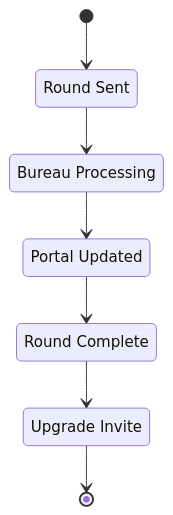
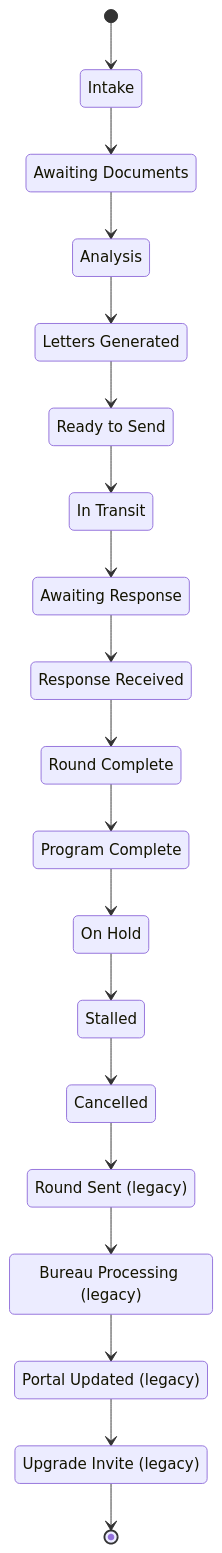
Before and after one commit to ZootimusMaximusSupreme/Fundhub_ai: the diagram in docs/diagrams/rails/optimization.md, drawn with Mermaid. The commit also changed other lines of this file and 16 other files, not shown here.

First line of the commit message:
Fix CI: regroup repair events and refresh diagrams/journeys.

````diff
--- a/docs/diagrams/rails/optimization.md
+++ b/docs/diagrams/rails/optimization.md
@@ -9,15 +9,39 @@
 ```mermaid
 stateDiagram-v2
-    state "Round Sent" as round_sent
-    state "Bureau Processing" as bureau_processing
-    state "Portal Updated" as portal_updated
+    state "Intake" as intake
+    state "Awaiting Documents" as awaiting_documents
+    state "Analysis" as analysis
+    state "Letters Generated" as letters_generated
+    state "Ready to Send" as ready_to_send
+    state "In Transit" as in_transit
+    state "Awaiting Response" as awaiting_response
+    state "Response Received" as response_received
     state "Round Complete" as round_complete
-    state "Upgrade Invite" as upgrade_invite
+    state "Program Complete" as program_complete
+    state "On Hold" as on_hold
+    state "Stalled" as stalled
+    state "Cancelled" as cancelled
+    state "Round Sent (legacy)" as round_sent
+    state "Bureau Processing (legacy)" as bureau_processing
+    state "Portal Updated (legacy)" as portal_updated
+    state "Upgrade Invite (legacy)" as upgrade_invite
 
-    [*] --> round_sent
+    [*] --> intake
+    intake --> awaiting_documents
+    awaiting_documents --> analysis
+    analysis --> letters_generated
+    letters_generated --> ready_to_send
+    ready_to_send --> in_transit
+    in_transit --> awaiting_response
+    awaiting_response --> response_received
+    response_received --> round_complete
+    round_complete --> program_complete
+    program_complete --> on_hold
+    on_hold --> stalled
+    stalled --> cancelled
+    cancelled --> round_sent
     round_sent --> bureau_processing
     bureau_processing --> portal_updated
-    portal_updated --> round_complete
-    round_complete --> upgrade_invite
+    portal_updated --> upgrade_invite
     upgrade_invite --> [*]
 ```
````
